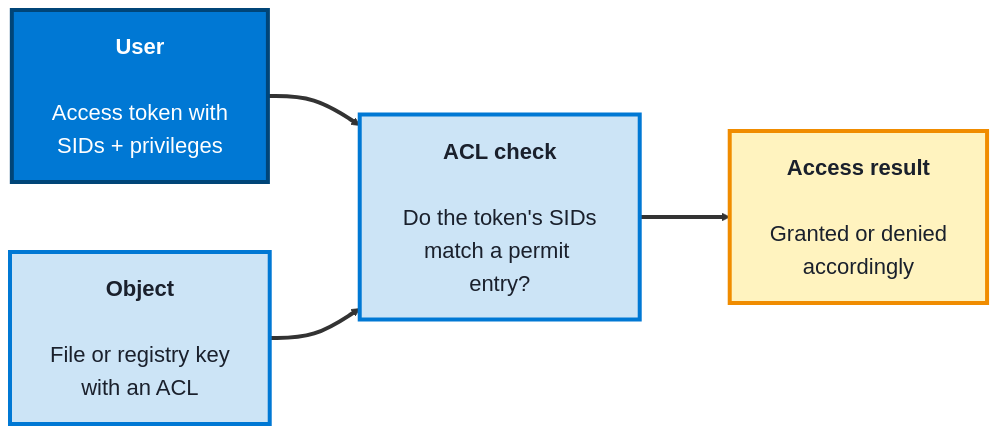
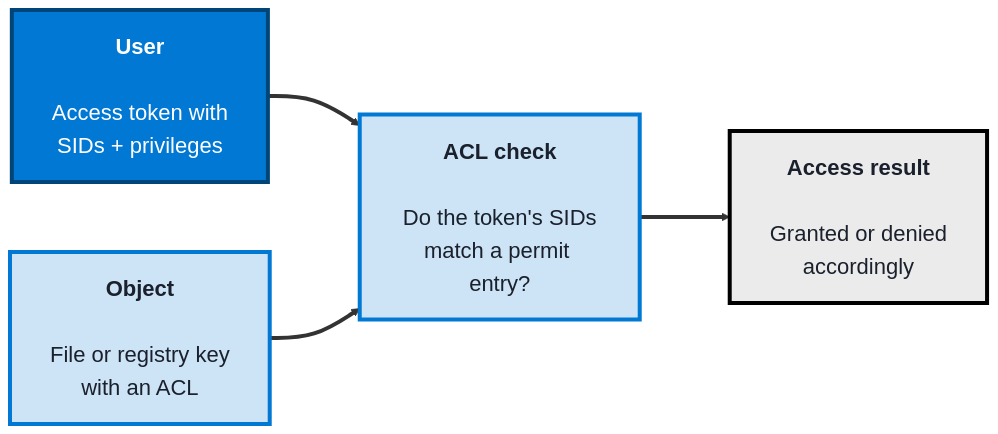
One commit to SHEMODELTECH/shemodeltech changed the second of 2 diagrams in src/Pages/courses/TechGuard/module-2-operating-systems.md. Above: the diagram before and after it, drawn with Mermaid. The commit also changed other lines of this file and 46 other files, not shown here.

````diff
--- a/src/Pages/courses/TechGuard/module-2-operating-systems.md
+++ b/src/Pages/courses/TechGuard/module-2-operating-systems.md
@@ -103,18 +103,18 @@
 ```mermaid
 %%{init: {'theme':'base', 'themeVariables': {'fontSize':'22px', 'primaryTextColor':'#1a202c', 'primaryBorderColor':'#004578', 'lineColor':'#333333'}, 'flowchart': {'nodeSpacing': 70, 'rankSpacing': 90, 'padding': 20}}}%%
 flowchart LR
     U["<b>User</b><br/><br/>Access token with<br/>SIDs + privileges"]
     OBJ["<b>Object</b><br/><br/>File or registry key<br/>with an ACL"]
     CHK["<b>ACL check</b><br/><br/>Do the token's SIDs<br/>match a permit entry?"]
     R["<b>Access result</b><br/><br/>Granted or denied<br/>accordingly"]
 
     U ==> CHK
     OBJ ==> CHK
     CHK ==> R
 
     style U fill:#0078d4,color:#fff,stroke:#004578,stroke-width:4px
     style OBJ fill:#cce4f6,color:#1a202c,stroke:#0078d4,stroke-width:4px
     style CHK fill:#cce4f6,color:#1a202c,stroke:#0078d4,stroke-width:4px
-    style R fill:#fff3bf,color:#1a202c,stroke:#f08c00,stroke-width:4px
+    style R fill:#EBEBEB,color:#1a202c,stroke:#000000,stroke-width:4px
     linkStyle default stroke-width:4px,stroke:#333333
 ```
````
